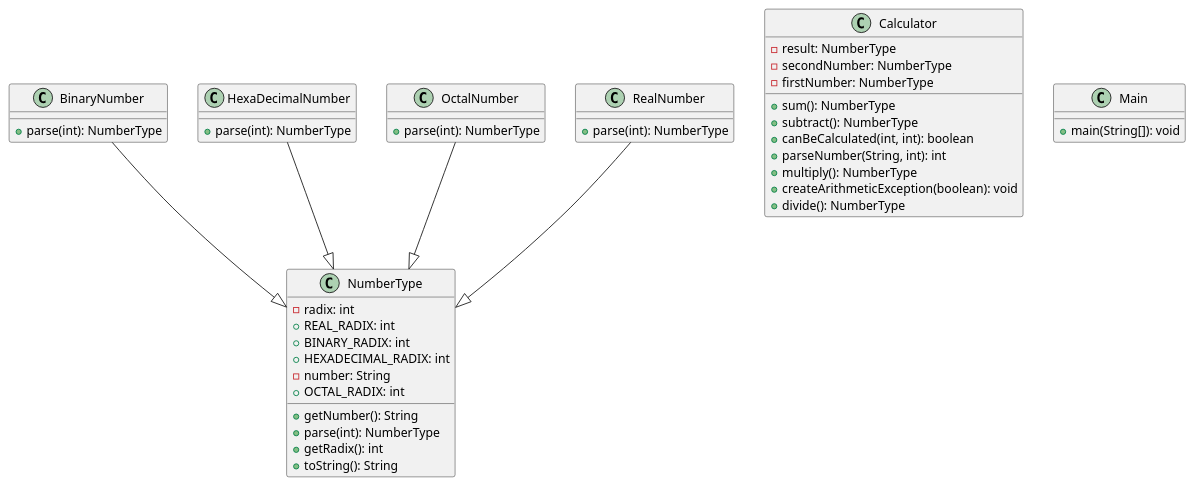
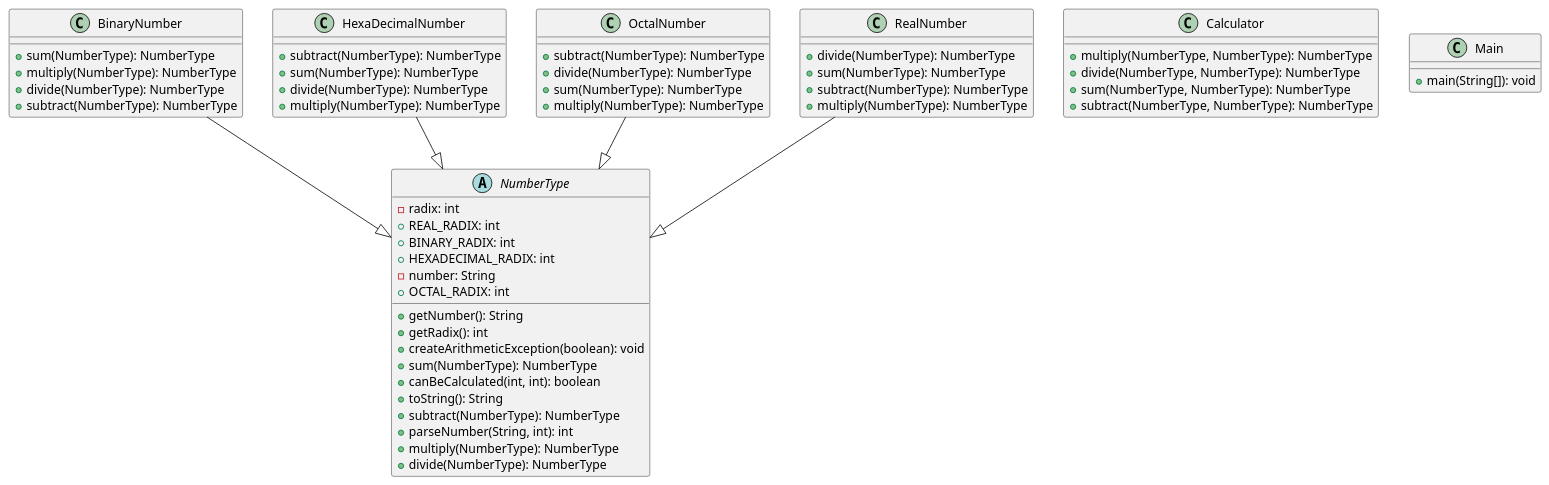
One commit to wesdell/calculator_design changed the diagram in src/Calculator.puml. Above: the diagram before and after it, drawn with PlantUML.

Commit message:
Update Calculator design

```diff
--- a/src/Calculator.puml
+++ b/src/Calculator.puml
@@ -1,46 +1,58 @@
 @startuml
 class BinaryNumber {
-  + parse(int): NumberType
+  + sum(NumberType): NumberType
+  + multiply(NumberType): NumberType
+  + divide(NumberType): NumberType
+  + subtract(NumberType): NumberType
 }
 class Calculator {
-  - result: NumberType
-  - secondNumber: NumberType
-  - firstNumber: NumberType
-  + sum(): NumberType
-  + subtract(): NumberType
-  + canBeCalculated(int, int): boolean
-  + parseNumber(String, int): int
-  + multiply(): NumberType
-  + createArithmeticException(boolean): void
-  + divide(): NumberType
+  + multiply(NumberType, NumberType): NumberType
+  + divide(NumberType, NumberType): NumberType
+  + sum(NumberType, NumberType): NumberType
+  + subtract(NumberType, NumberType): NumberType
 }
 class HexaDecimalNumber {
-  + parse(int): NumberType
+  + subtract(NumberType): NumberType
+  + sum(NumberType): NumberType
+  + divide(NumberType): NumberType
+  + multiply(NumberType): NumberType
 }
 class Main {
   + main(String[]): void
 }
-class NumberType {
+abstract class NumberType {
   - radix: int
   + REAL_RADIX: int
   + BINARY_RADIX: int
   + HEXADECIMAL_RADIX: int
   - number: String
   + OCTAL_RADIX: int
   + getNumber(): String
-  + parse(int): NumberType
   + getRadix(): int
+  + createArithmeticException(boolean): void
+  + sum(NumberType): NumberType
+  + canBeCalculated(int, int): boolean
   + toString(): String
+  + subtract(NumberType): NumberType
+  + parseNumber(String, int): int
+  + multiply(NumberType): NumberType
+  + divide(NumberType): NumberType
 }
 class OctalNumber {
-  + parse(int): NumberType
+  + subtract(NumberType): NumberType
+  + divide(NumberType): NumberType
+  + sum(NumberType): NumberType
+  + multiply(NumberType): NumberType
 }
 class RealNumber {
-  + parse(int): NumberType
+  + divide(NumberType): NumberType
+  + sum(NumberType): NumberType
+  + subtract(NumberType): NumberType
+  + multiply(NumberType): NumberType
 }
 
 BinaryNumber       --|>  NumberType
 HexaDecimalNumber  --|>  NumberType
 OctalNumber        --|>  NumberType
 RealNumber         --|>  NumberType
 @enduml
```
